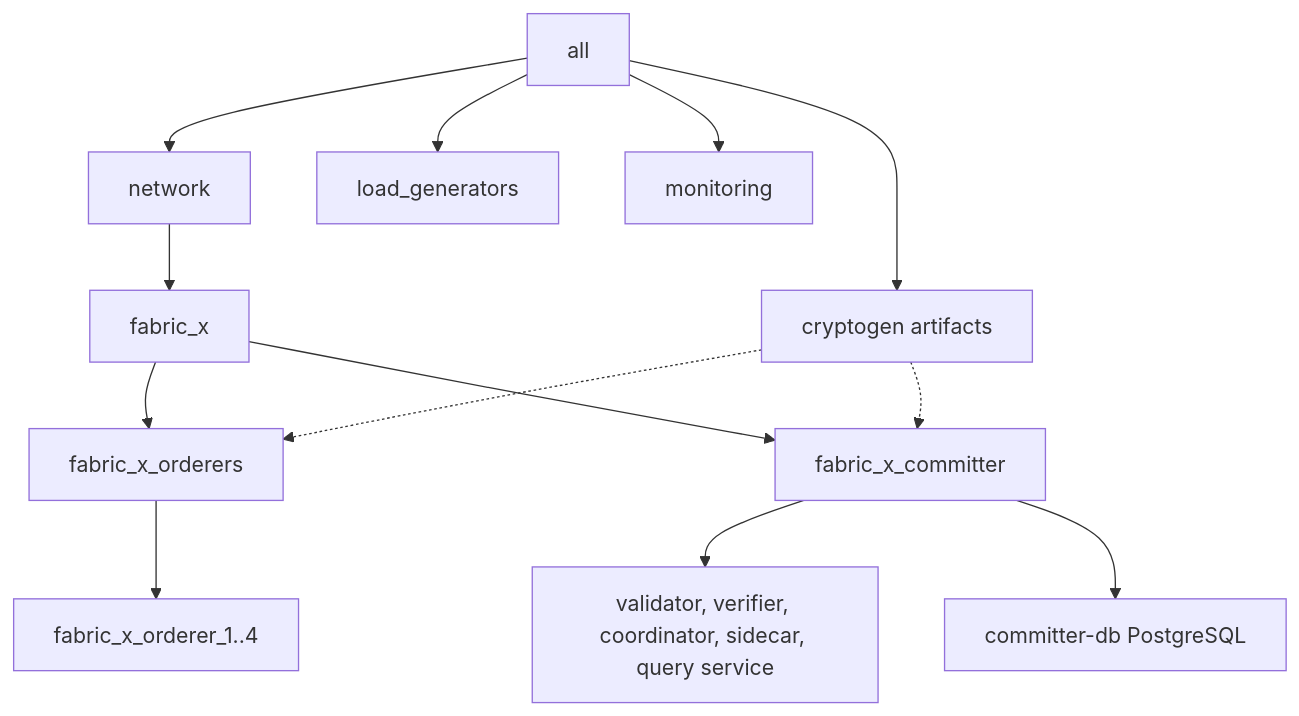
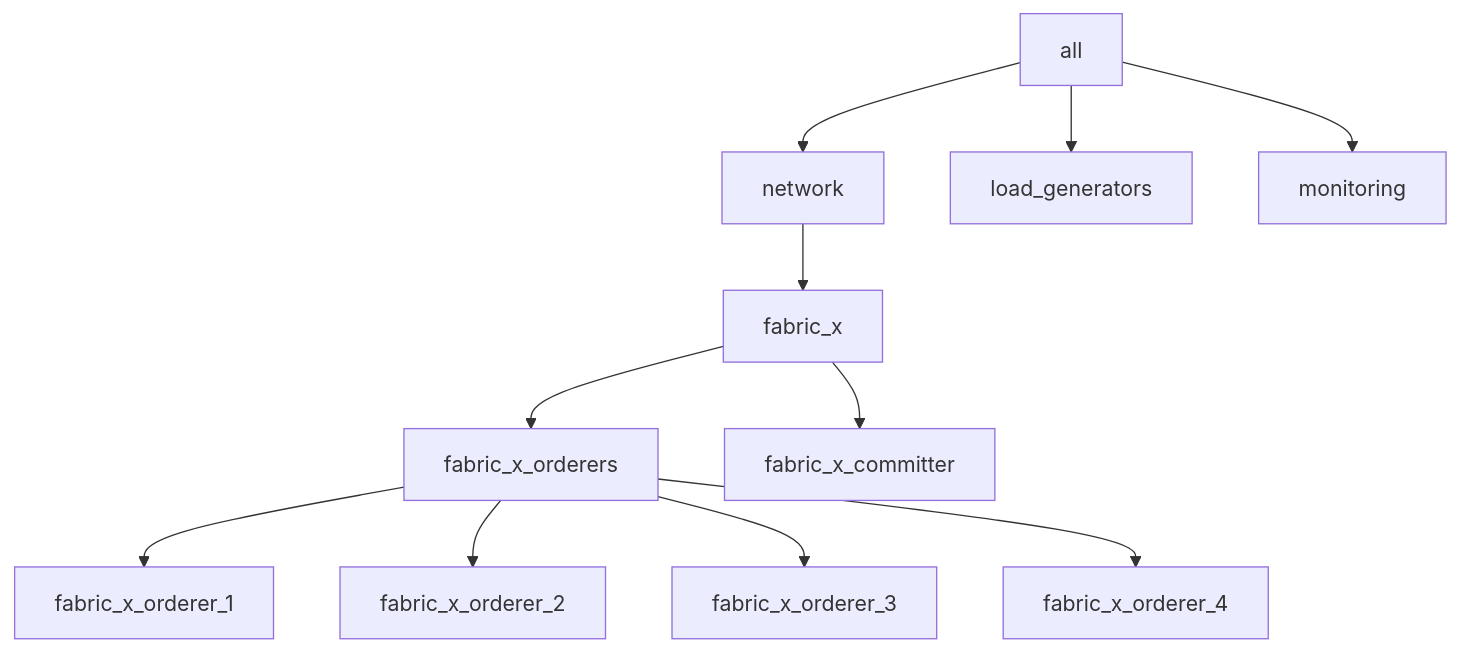
The diagram in examples/inventory/docs/k8s/fabric-x-cryptogen.md (LF-Decentralized-Trust-labs/fabric-x-ansible-collection), drawn with Mermaid before and after one commit. The commit also changed 47 other files, not shown here.

````diff
--- a/examples/inventory/docs/k8s/fabric-x-cryptogen.md
+++ b/examples/inventory/docs/k8s/fabric-x-cryptogen.md
@@ -33,15 +33,13 @@
 ```mermaid
 flowchart TD
-  all --> control_node_crypto["cryptogen artifacts"]
   all --> network
   network --> fabric_x
   all --> load_generators
   all --> monitoring
   fabric_x --> fabric_x_orderers
   fabric_x --> fabric_x_committer
-  fabric_x_orderers --> orderer_groups["fabric_x_orderer_1..4"]
-  fabric_x_committer --> committer_services["validator, verifier, coordinator, sidecar, query service"]
-  fabric_x_committer --> committer_db["committer-db PostgreSQL"]
-  control_node_crypto -.-> fabric_x_orderers
-  control_node_crypto -.-> fabric_x_committer
+  fabric_x_orderers --> fabric_x_orderer_1
+  fabric_x_orderers --> fabric_x_orderer_2
+  fabric_x_orderers --> fabric_x_orderer_3
+  fabric_x_orderers --> fabric_x_orderer_4
 ```
````
